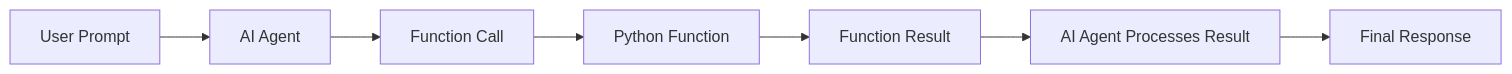
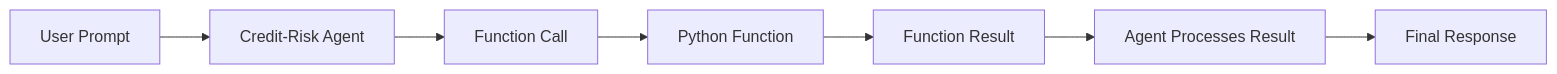
One commit to UnDerl4Y/AgenticAIEngineer changed the second of 2 diagrams in Instructions/Exercises/Day05/lab01-agent-custom-tools.md. Above: the diagram before and after it, drawn with Mermaid. The commit also changed other lines of this file, not shown here.

`````diff
--- a/Instructions/Exercises/Day05/lab01-agent-custom-tools.md
+++ b/Instructions/Exercises/Day05/lab01-agent-custom-tools.md
@@ -724,9 +788,9 @@
 ```mermaid
 flowchart LR
-    A[User Prompt] --> B[AI Agent]
+    A[User Prompt] --> B[Credit-Risk Agent]
     B --> C[Function Call]
     C --> D[Python Function]
     D --> E[Function Result]
-    E --> F[AI Agent Processes Result]
+    E --> F[Agent Processes Result]
     F --> G[Final Response]
-````
+```
`````
